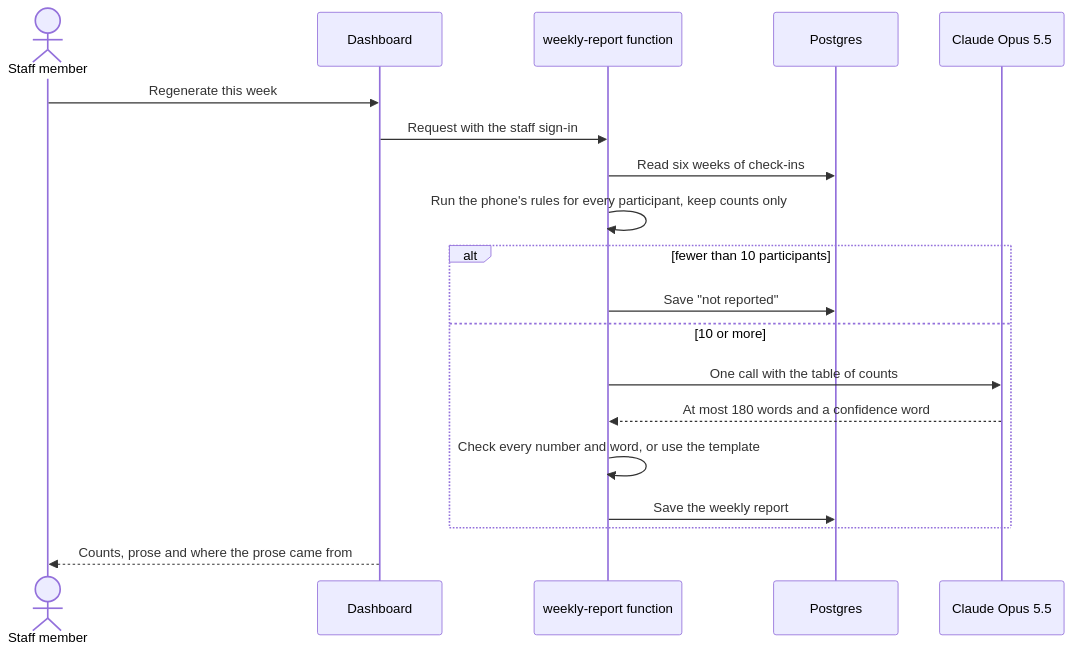
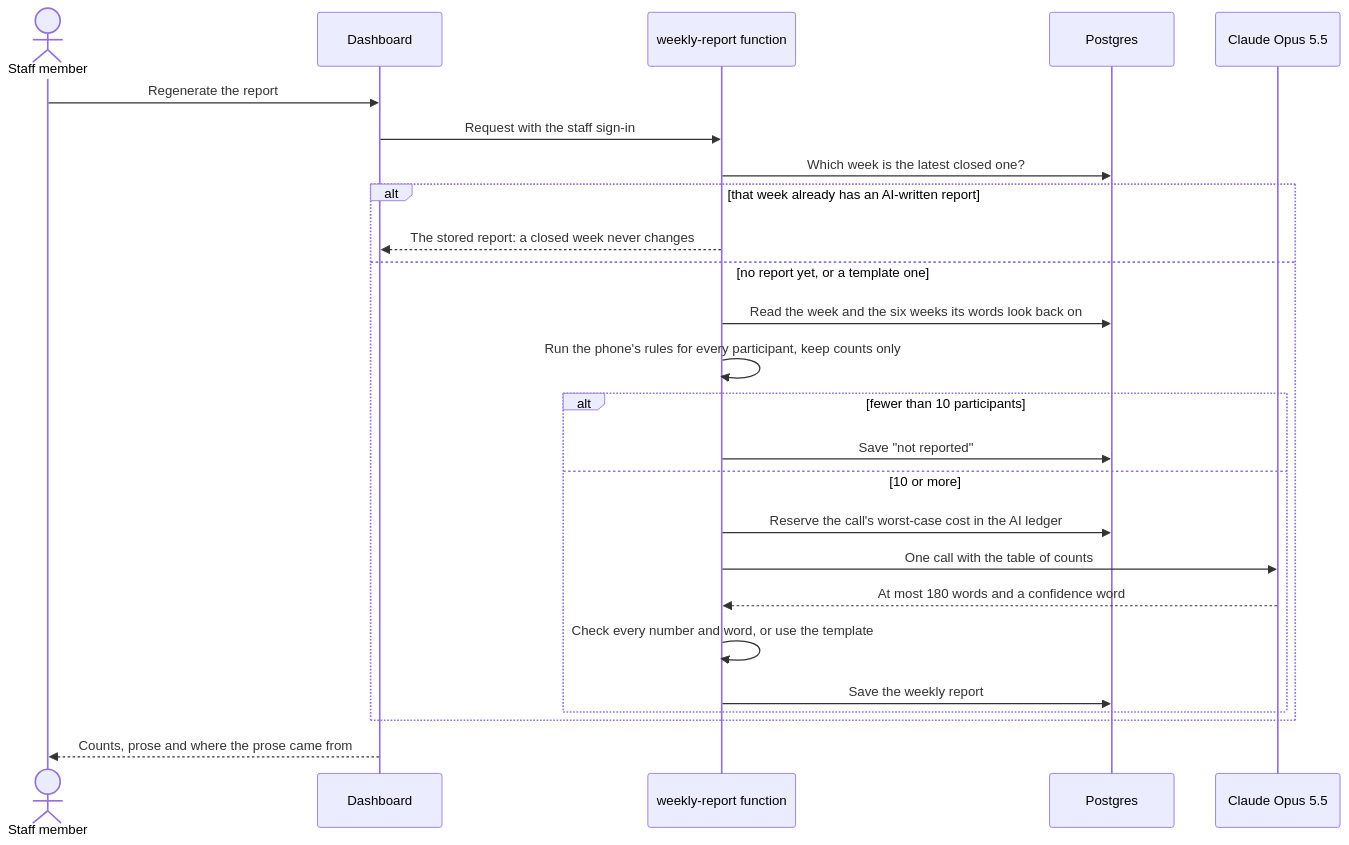
The fifth of 5 diagrams in README.md (pluxconkr/essential-nourishingx), drawn with Mermaid before and after one commit. The commit also changed other lines of this file and 54 other files, not shown here.

````diff
--- a/README.md
+++ b/README.md
@@ -174,21 +175,27 @@
 ```mermaid
 sequenceDiagram
   actor St as Staff member
   participant D as Dashboard
   participant WR as weekly-report function
   participant DB as Postgres
   participant O as Claude Opus 5.5
-  St->>D: Regenerate this week
+  St->>D: Regenerate the report
   D->>WR: Request with the staff sign-in
-  WR->>DB: Read six weeks of check-ins
-  WR->>WR: Run the phone's rules for every participant, keep counts only
-  alt fewer than 10 participants
-    WR->>DB: Save "not reported"
-  else 10 or more
-    WR->>O: One call with the table of counts
-    O-->>WR: At most 180 words and a confidence word
-    WR->>WR: Check every number and word, or use the template
-    WR->>DB: Save the weekly report
+  WR->>DB: Which week is the latest closed one?
+  alt that week already has an AI-written report
+    WR-->>D: The stored report: a closed week never changes
+  else no report yet, or a template one
+    WR->>DB: Read the week and the six weeks its words look back on
+    WR->>WR: Run the phone's rules for every participant, keep counts only
+    alt fewer than 10 participants
+      WR->>DB: Save "not reported"
+    else 10 or more
+      WR->>DB: Reserve the call's worst-case cost in the AI ledger
+      WR->>O: One call with the table of counts
+      O-->>WR: At most 180 words and a confidence word
+      WR->>WR: Check every number and word, or use the template
+      WR->>DB: Save the weekly report
+    end
   end
   D-->>St: Counts, prose and where the prose came from
 ```
````
